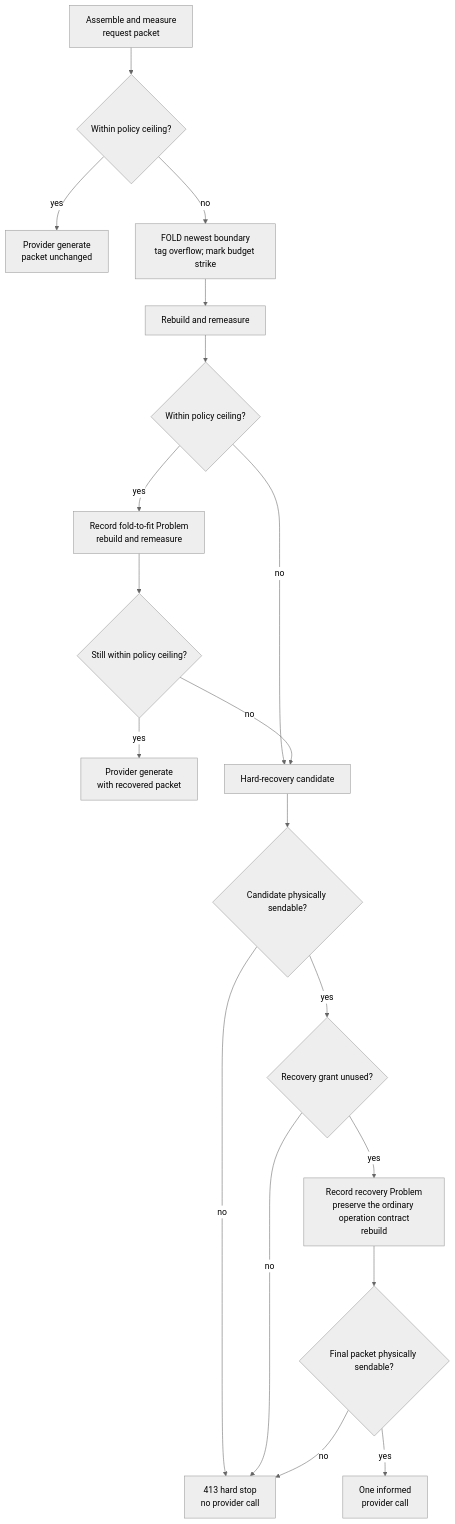
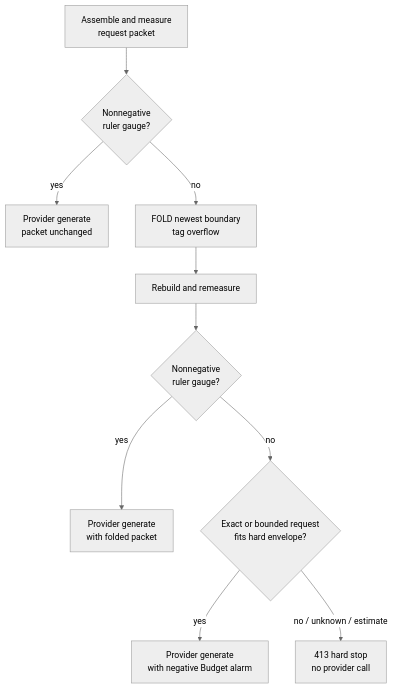
One commit to plurnk/plurnk-service changed diagram 16 of 18 in plurnk-core/SPEC.md. Above: the diagram before and after it, drawn with Mermaid (neutral theme). The commit also changed other lines of this file and 31 other files, not shown here.

Commit message:
fix(core): separate curation pressure from hard admission

````diff
--- a/plurnk-core/SPEC.md
+++ b/plurnk-core/SPEC.md
@@ -2465,21 +2467,12 @@
 ```mermaid
 flowchart TD
-    assemble["Assemble and measure<br/>request packet"] --> policy{"Within policy ceiling?"}
+    assemble["Assemble and measure<br/>request packet"] --> policy{"Nonnegative<br/>ruler gauge?"}
     policy -->|yes| unchanged["Provider generate<br/>packet unchanged"]
-    policy -->|no| fold["FOLD newest boundary<br/>tag overflow; mark budget strike"]
+    policy -->|no| fold["FOLD newest boundary<br/>tag overflow"]
     fold --> rebuild["Rebuild and remeasure"]
-    rebuild --> folded{"Within policy ceiling?"}
-    folded -->|yes| receipt["Record fold-to-fit Problem<br/>rebuild and remeasure"]
-    receipt --> finalPolicy{"Still within policy ceiling?"}
-    finalPolicy -->|yes| recovered["Provider generate<br/>with recovered packet"]
-    folded -->|no| candidate["Hard-recovery candidate"]
-    finalPolicy -->|no| candidate
-    candidate --> physical{"Candidate physically sendable?"}
-    physical -->|no| stop["413 hard stop<br/>no provider call"]
-    physical -->|yes| grant{"Recovery grant unused?"}
-    grant -->|no| stop
-    grant -->|yes| steer["Record recovery Problem<br/>preserve the ordinary operation contract<br/>rebuild"]
-    steer --> finalPhysical{"Final packet physically sendable?"}
-    finalPhysical -->|yes| recovery["One informed<br/>provider call"]
-    finalPhysical -->|no| stop
+    rebuild --> folded{"Nonnegative<br/>ruler gauge?"}
+    folded -->|yes| recovered["Provider generate<br/>with folded packet"]
+    folded -->|no| admission{"Exact or bounded request<br/>fits hard envelope?"}
+    admission -->|yes| pressured["Provider generate<br/>with negative Budget alarm"]
+    admission -->|no / unknown / estimate| stop["413 hard stop<br/>no provider call"]
 ```
````
